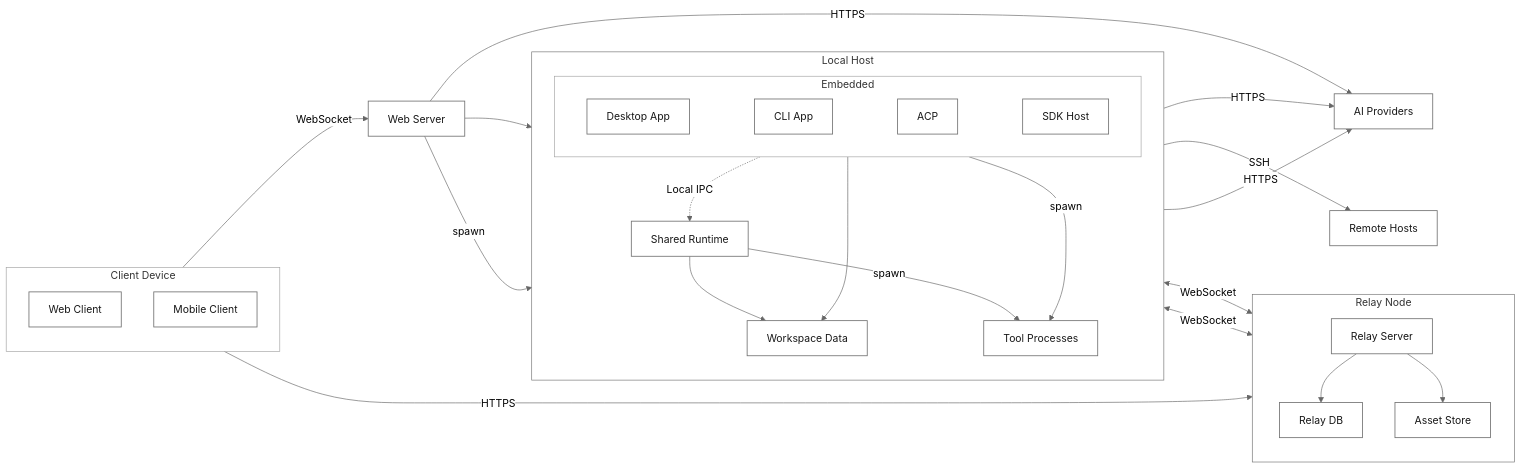
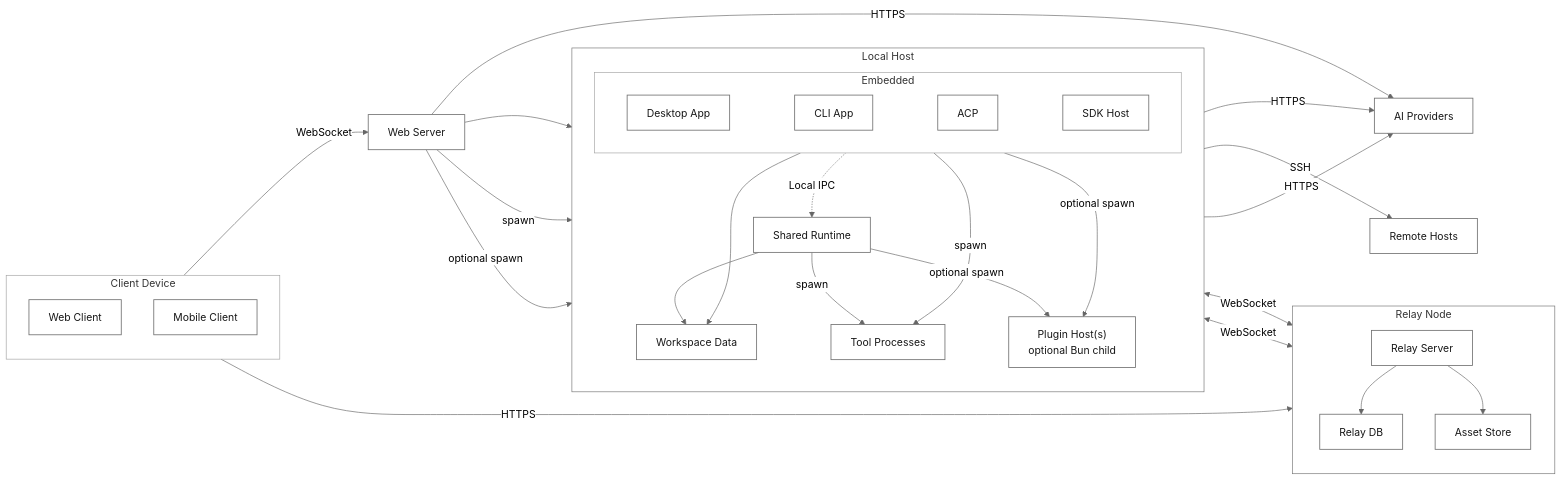
The fourth of 16 diagrams in docs/architecture/product-architecture.md (1688mengdie/BitFun), drawn with Mermaid (neutral theme) before and after one commit. The commit also changed other lines of this file and 17 other files, not shown here.

Commit message:
fix(extensions): harden OpenCode plugin runtime integration

````diff
--- a/docs/architecture/product-architecture.md
+++ b/docs/architecture/product-architecture.md
@@ -303,56 +303,60 @@
 ```mermaid
 flowchart LR
   subgraph LocalHost["Local Host"]
     direction TB
     subgraph EmbeddedNodes["Embedded"]
       direction LR
       DesktopApp["Desktop App"] ~~~ CLIApp["CLI App"] ~~~ ACPApp["ACP"] ~~~ SDKHost["SDK Host"]
     end
     SharedRuntime["Shared Runtime"]
     WorkspaceData["Workspace Data"]
     ToolProcesses["Tool Processes"]
+    PluginHosts["Plugin Host(s)\noptional Bun child"]
   end
 
   subgraph UserDevice["Client Device"]
     direction TB
     WebClient["Web Client"]
     MobileClient["Mobile Client"]
   end
 
   WebServer["Web Server"]
 
   subgraph RelayHost["Relay Node"]
     direction TB
     RelayServer["Relay Server"]
     RelayDB["Relay DB"]
     AssetStore["Asset Store"]
   end
 
   AIProviders["AI Providers"]
   RemoteHosts["Remote Hosts"]
 
   WebClient -->|WebSocket| WebServer
   MobileClient -->|HTTPS| RelayServer
   DesktopApp <-->|WebSocket| RelayServer
   CLIApp <-->|WebSocket| RelayServer
   CLIApp -.->|Local IPC| SharedRuntime
   WebServer --> WorkspaceData
   WebServer -->|spawn| ToolProcesses
+  WebServer -->|optional spawn| PluginHosts
   WebServer -->|HTTPS| AIProviders
   RelayServer --> RelayDB
   RelayServer --> AssetStore
   EmbeddedNodes --> WorkspaceData
   SharedRuntime --> WorkspaceData
   EmbeddedNodes -->|spawn| ToolProcesses
   SharedRuntime -->|spawn| ToolProcesses
+  EmbeddedNodes -->|optional spawn| PluginHosts
+  SharedRuntime -->|optional spawn| PluginHosts
   EmbeddedNodes -->|HTTPS| AIProviders
   SharedRuntime -->|HTTPS| AIProviders
   DesktopApp -->|SSH| RemoteHosts
 
   classDef unit fill:#ffffff,stroke:#737373,stroke-width:1.3px,color:#171717;
-  class DesktopApp,CLIApp,ACPApp,SDKHost,SharedRuntime,WorkspaceData,ToolProcesses,WebClient,MobileClient,WebServer,RelayServer,RelayDB,AssetStore,AIProviders,RemoteHosts unit;
+  class DesktopApp,CLIApp,ACPApp,SDKHost,SharedRuntime,WorkspaceData,ToolProcesses,PluginHosts,WebClient,MobileClient,WebServer,RelayServer,RelayDB,AssetStore,AIProviders,RemoteHosts unit;
   style LocalHost fill:#ffffff,stroke:#737373;
   style EmbeddedNodes fill:#ffffff,stroke:#a3a3a3;
   style UserDevice fill:#ffffff,stroke:#a3a3a3;
   style RelayHost fill:#ffffff,stroke:#737373;
 ```
````
